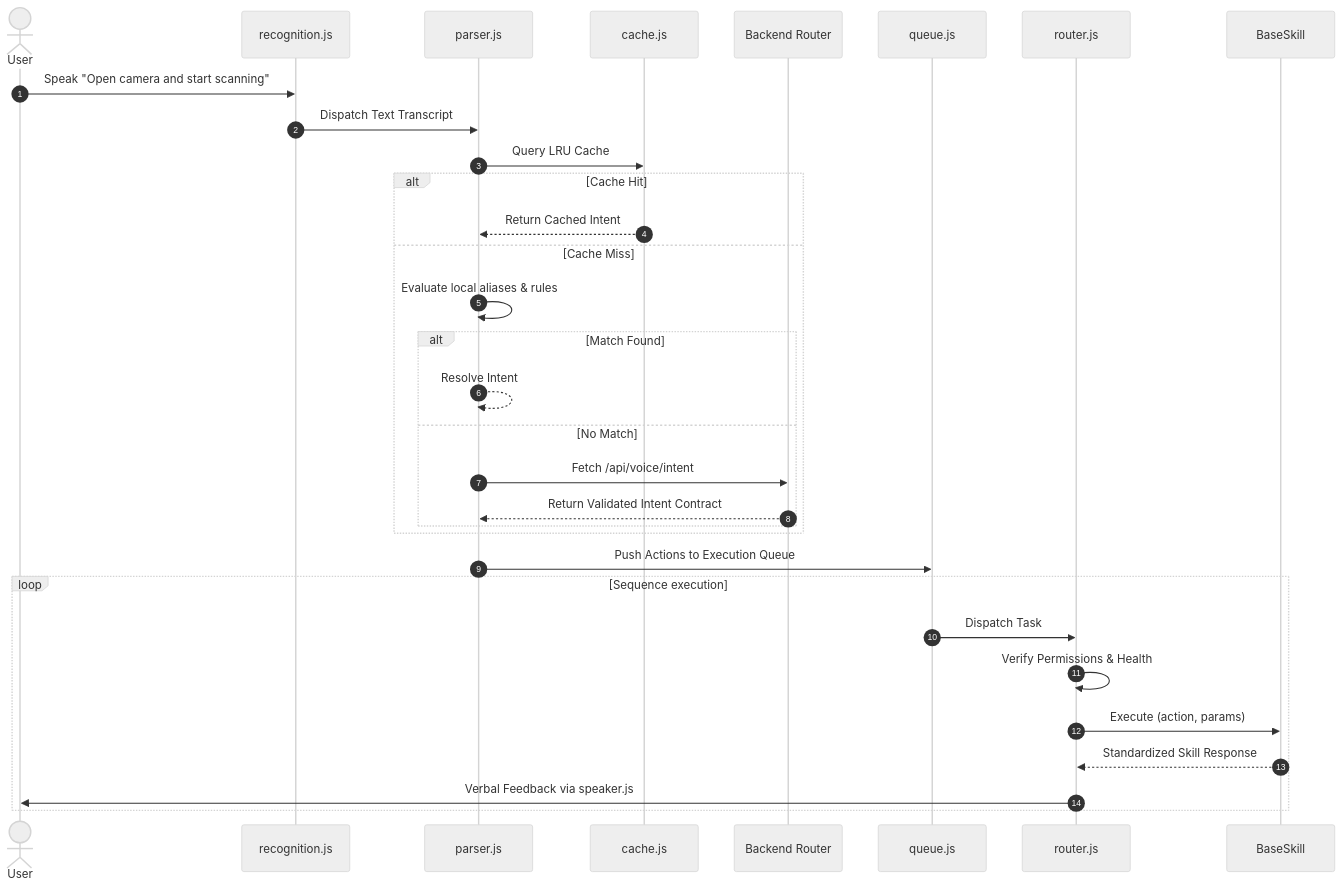
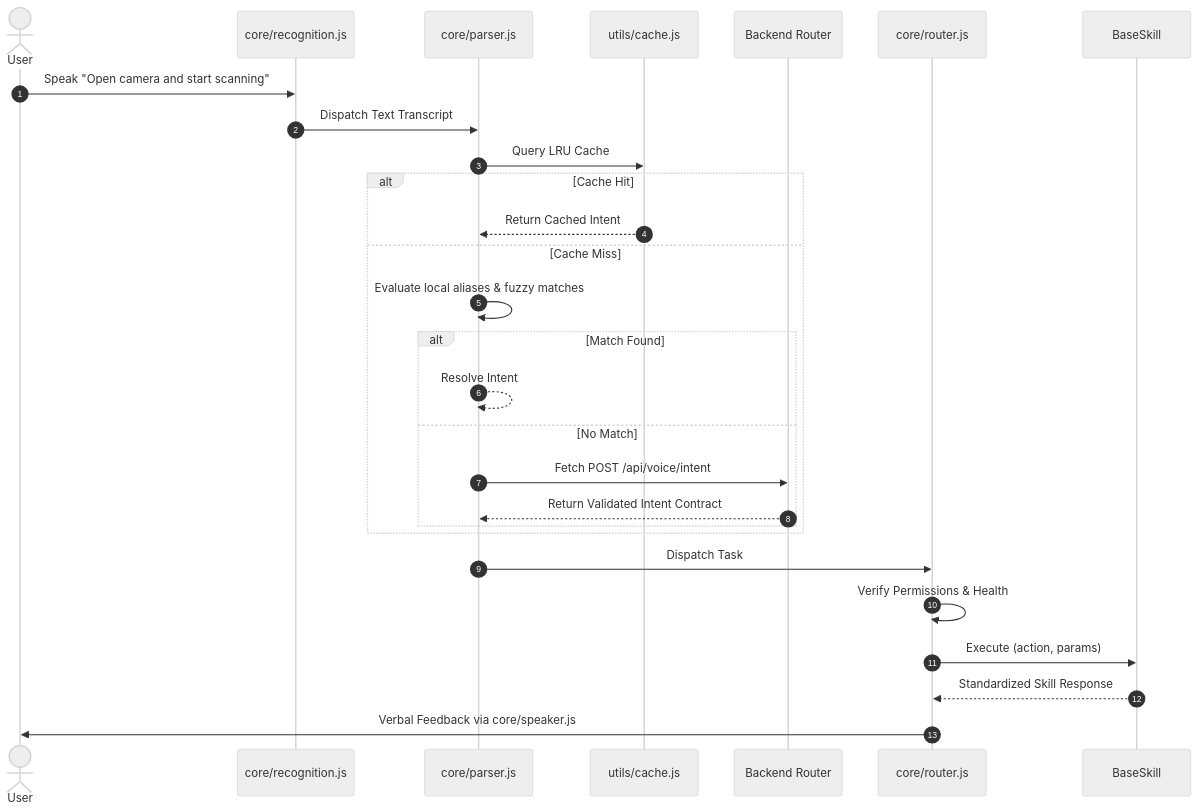
One commit to kamal1064/nazar2.0 changed the second of 2 diagrams in voice/ARCHITECTURE.md. Above: the diagram before and after it, drawn with Mermaid (neutral theme). The commit also changed other lines of this file and 32 other files, not shown here.

````diff
--- a/voice/ARCHITECTURE.md
+++ b/voice/ARCHITECTURE.md
@@ -48,35 +45,31 @@
 ```mermaid
 sequenceDiagram
     autonumber
     actor User
-    participant Rec as recognition.js
-    participant Parser as parser.js
-    participant Cache as cache.js
+    participant Rec as core/recognition.js
+    participant Parser as core/parser.js
+    participant Cache as utils/cache.js
     participant Backend as Backend Router
-    participant Queue as queue.js
-    participant Router as router.js
+    participant Router as core/router.js
     participant Skill as BaseSkill
 
     User->>Rec: Speak "Open camera and start scanning"
     Rec->>Parser: Dispatch Text Transcript
     Parser->>Cache: Query LRU Cache
     alt Cache Hit
         Cache-->>Parser: Return Cached Intent
     else Cache Miss
-        Parser->>Parser: Evaluate local aliases & rules
+        Parser->>Parser: Evaluate local aliases & fuzzy matches
         alt Match Found
             Parser-->>Parser: Resolve Intent
         else No Match
-            Parser->>Backend: Fetch /api/voice/intent
+            Parser->>Backend: Fetch POST /api/voice/intent
             Backend-->>Parser: Return Validated Intent Contract
         end
     end
-    Parser->>Queue: Push Actions to Execution Queue
-    loop Sequence execution
-        Queue->>Router: Dispatch Task
-        Router->>Router: Verify Permissions & Health
-        Router->>Skill: Execute (action, params)
-        Skill-->>Router: Standardized Skill Response
-        Router->>User: Verbal Feedback via speaker.js
-    end
+    Parser->>Router: Dispatch Task
+    Router->>Router: Verify Permissions & Health
+    Router->>Skill: Execute (action, params)
+    Skill-->>Router: Standardized Skill Response
+    Router->>User: Verbal Feedback via core/speaker.js
 ```
````
